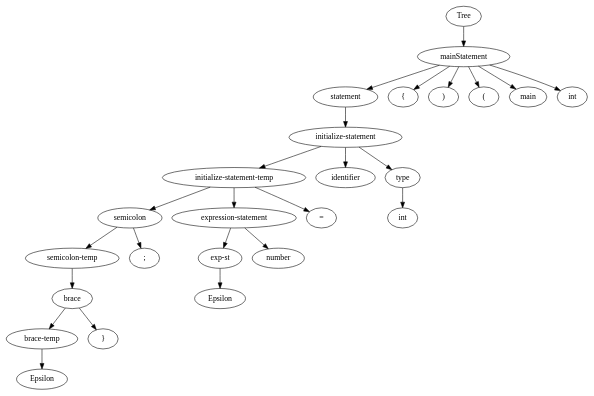
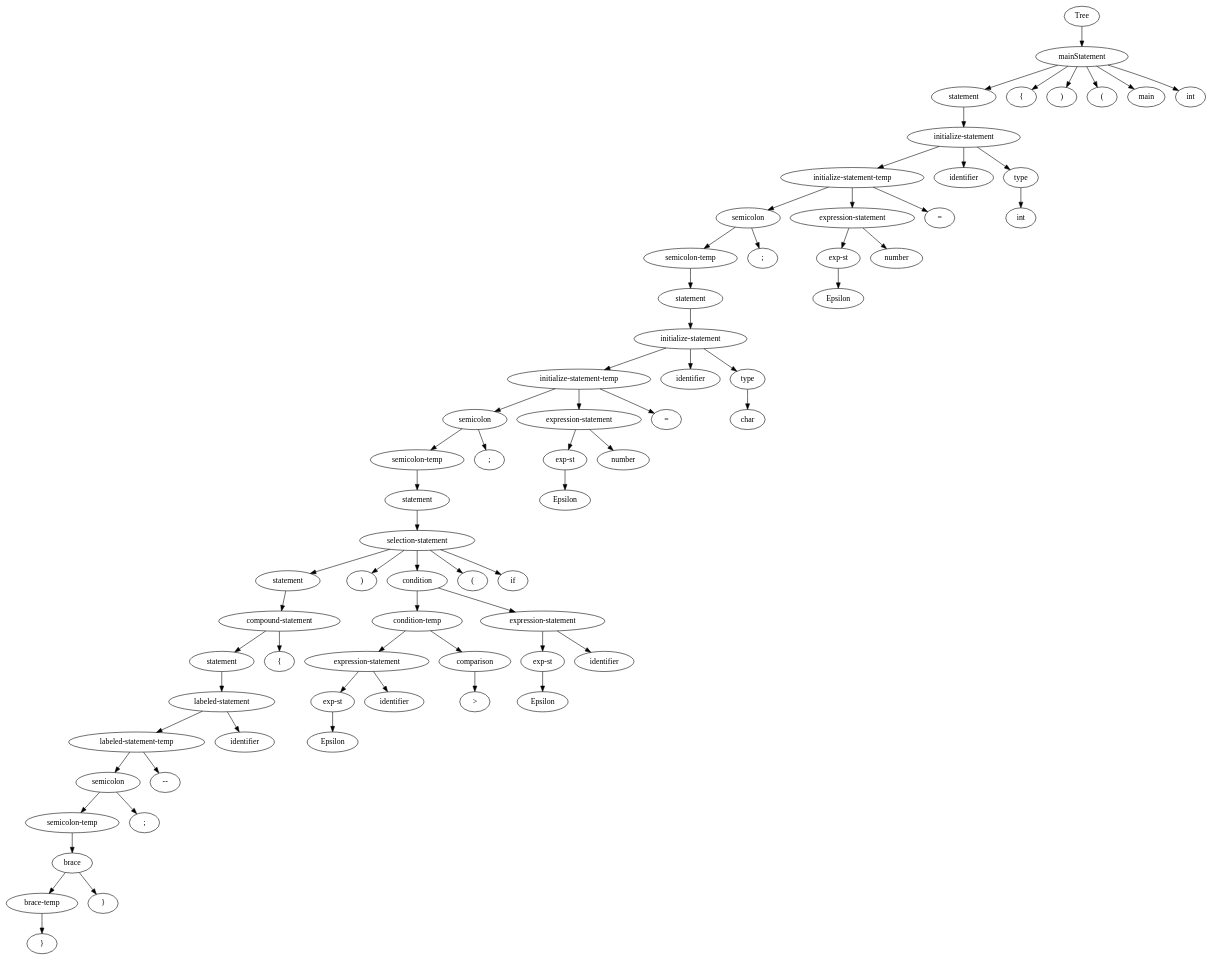
Before and after one commit to Erfan2001/Compiler-Project: the diagram in out/ParseTree/ParseTree.gv, drawn with Graphviz. The commit also changed 47 other files, not shown here.

```diff
--- a/out/ParseTree/ParseTree.gv
+++ b/out/ParseTree/ParseTree.gv
@@ -1,60 +1,166 @@
 digraph {
 	Tree [label=Tree]
 	1 [label=mainStatement]
 	Tree -> 1
 	1 [label=mainStatement]
 	2 [label=statement]
 	1 -> 2
 	3 [label="{"]
 	1 -> 3
 	4 [label=")"]
 	1 -> 4
 	5 [label="("]
 	1 -> 5
 	6 [label=main]
 	1 -> 6
 	7 [label=int]
 	1 -> 7
 	2 [label=statement]
 	8 [label="initialize-statement"]
 	2 -> 8
 	8 [label="initialize-statement"]
 	9 [label="initialize-statement-temp"]
 	8 -> 9
 	10 [label=identifier]
 	8 -> 10
 	11 [label=type]
 	8 -> 11
 	11 [label=type]
 	12 [label=int]
 	11 -> 12
 	9 [label="initialize-statement-temp"]
 	13 [label=semicolon]
 	9 -> 13
 	14 [label="expression-statement"]
 	9 -> 14
 	15 [label="="]
 	9 -> 15
 	14 [label="expression-statement"]
 	16 [label="exp-st"]
 	14 -> 16
 	17 [label=number]
 	14 -> 17
 	-100 [label=Epsilon]
 	16 -> -100
 	13 [label=semicolon]
 	18 [label="semicolon-temp"]
 	13 -> 18
 	19 [label=";"]
 	13 -> 19
 	18 [label="semicolon-temp"]
-	20 [label=brace]
+	20 [label=statement]
 	18 -> 20
-	20 [label=brace]
-	21 [label="brace-temp"]
+	20 [label=statement]
+	21 [label="initialize-statement"]
 	20 -> 21
-	22 [label="}"]
-	20 -> 22
+	21 [label="initialize-statement"]
+	22 [label="initialize-statement-temp"]
+	21 -> 22
+	23 [label=identifier]
+	21 -> 23
+	24 [label=type]
+	21 -> 24
+	24 [label=type]
+	25 [label=char]
+	24 -> 25
+	22 [label="initialize-statement-temp"]
+	26 [label=semicolon]
+	22 -> 26
+	27 [label="expression-statement"]
+	22 -> 27
+	28 [label="="]
+	22 -> 28
+	27 [label="expression-statement"]
+	29 [label="exp-st"]
+	27 -> 29
+	30 [label=number]
+	27 -> 30
 	-99 [label=Epsilon]
-	21 -> -99
+	29 -> -99
+	26 [label=semicolon]
+	31 [label="semicolon-temp"]
+	26 -> 31
+	32 [label=";"]
+	26 -> 32
+	31 [label="semicolon-temp"]
+	33 [label=statement]
+	31 -> 33
+	33 [label=statement]
+	34 [label="selection-statement"]
+	33 -> 34
+	34 [label="selection-statement"]
+	35 [label=statement]
+	34 -> 35
+	36 [label=")"]
+	34 -> 36
+	37 [label=condition]
+	34 -> 37
+	38 [label="("]
+	34 -> 38
+	39 [label=if]
+	34 -> 39
+	37 [label=condition]
+	40 [label="condition-temp"]
+	37 -> 40
+	41 [label="expression-statement"]
+	37 -> 41
+	41 [label="expression-statement"]
+	42 [label="exp-st"]
+	41 -> 42
+	43 [label=identifier]
+	41 -> 43
+	-98 [label=Epsilon]
+	42 -> -98
+	40 [label="condition-temp"]
+	44 [label="expression-statement"]
+	40 -> 44
+	45 [label=comparison]
+	40 -> 45
+	45 [label=comparison]
+	46 [label=">"]
+	45 -> 46
+	44 [label="expression-statement"]
+	47 [label="exp-st"]
+	44 -> 47
+	48 [label=identifier]
+	44 -> 48
+	-97 [label=Epsilon]
+	47 -> -97
+	35 [label=statement]
+	49 [label="compound-statement"]
+	35 -> 49
+	49 [label="compound-statement"]
+	50 [label=statement]
+	49 -> 50
+	51 [label="{"]
+	49 -> 51
+	50 [label=statement]
+	52 [label="labeled-statement"]
+	50 -> 52
+	52 [label="labeled-statement"]
+	53 [label="labeled-statement-temp"]
+	52 -> 53
+	54 [label=identifier]
+	52 -> 54
+	53 [label="labeled-statement-temp"]
+	55 [label=semicolon]
+	53 -> 55
+	56 [label="--"]
+	53 -> 56
+	55 [label=semicolon]
+	57 [label="semicolon-temp"]
+	55 -> 57
+	58 [label=";"]
+	55 -> 58
+	57 [label="semicolon-temp"]
+	59 [label=brace]
+	57 -> 59
+	59 [label=brace]
+	60 [label="brace-temp"]
+	59 -> 60
+	61 [label="}"]
+	59 -> 61
+	60 [label="brace-temp"]
+	62 [label="}"]
+	60 -> 62
 }
```
